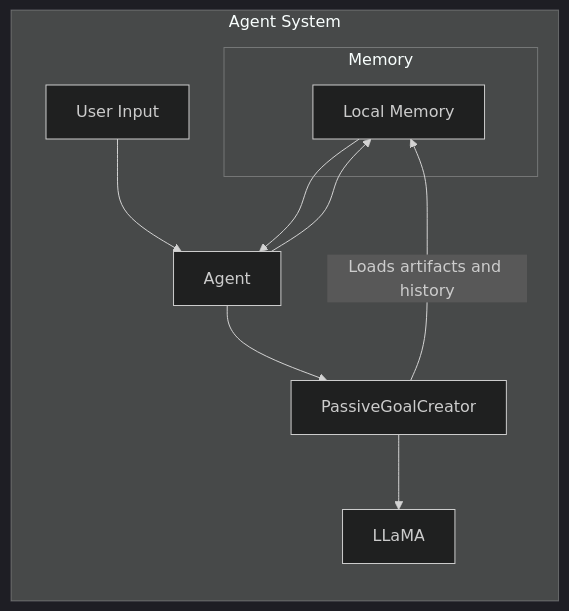
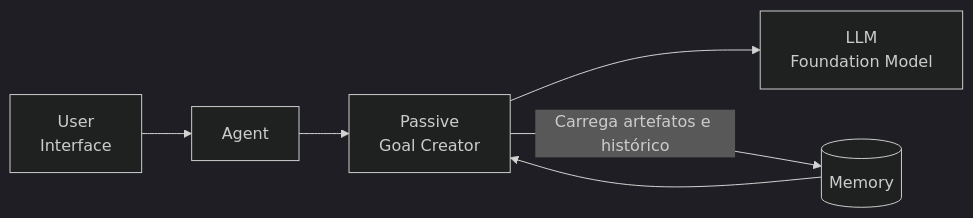
Before and after one commit to yanjustino/AgentPatternCatalogue: the diagram in doc/PassiveGoalCreator.md, drawn with Mermaid (dark theme). The commit also changed other lines of this file and 28 other files, not shown here.

````diff
--- a/doc/PassiveGoalCreator.md
+++ b/doc/PassiveGoalCreator.md
@@ -4,16 +5,11 @@
 ```mermaid
 flowchart LR
-    subgraph Agent System
-        UI[User Input] --> AG[Agent]
-        AG --> PGC[PassiveGoalCreator]
-        PGC --> LLM[LLaMA]
+        UI[User <br> Interface] --> AG[Agent]
+        AG --> PGC[Passive <br> Goal Creator]
+        PGC --> LLM[LLM <br> Foundation Model]
 
-        subgraph Memory
-            MEM[Local Memory]
-        end
+            MEM[(Memory)]
 
-        AG --> MEM
-        MEM --> AG
-        PGC -->|Loads artifacts and history| MEM
-    end
+        MEM --> PGC
+        PGC -->|Carrega artefatos e histórico| MEM
 ```
````
